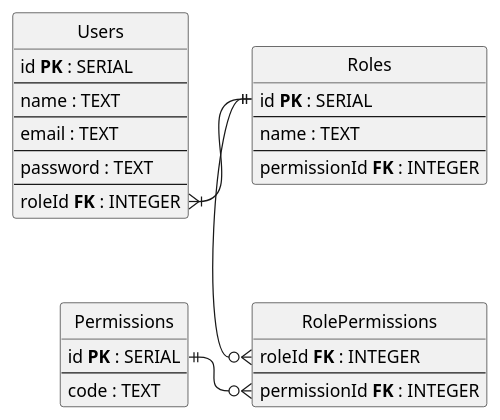
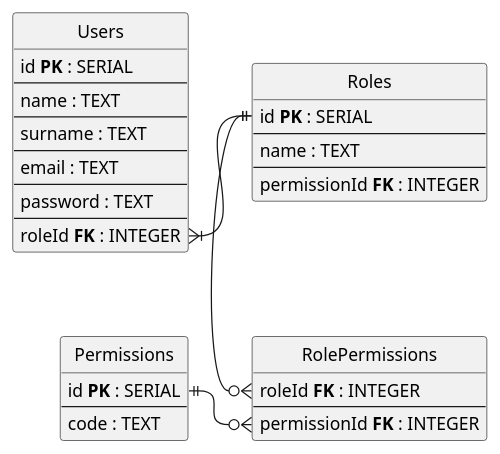
Before and after one commit to ImanolBarrionuevo/pedidosya-auth-service: the diagram in der/der.puml, drawn with PlantUML. The commit also changed 1 other file, not shown here.

```diff
--- a/der/der.puml
+++ b/der/der.puml
@@ -1,41 +1,43 @@
 @startuml auth-service-der
 
 hide circle
 
 entity Users {
     id **PK** : SERIAL
     ---
     name : TEXT
+    ---
+    surname : TEXT
     ---
     email : TEXT
     ---
     password : TEXT
     ---
     roleId **FK** : INTEGER
 }
 
 entity Roles {
     id **PK** : SERIAL
     ---
     name : TEXT
     ---
     permissionId **FK** : INTEGER
 }
 
 entity Permissions {
     id **PK** : SERIAL
     ---
     code : TEXT
 }
 
 entity RolePermissions {
     roleId **FK** : INTEGER
     ---
     permissionId **FK** : INTEGER
 }
 
 Users::roleId }|-right--||Roles::id
 Roles::id ||-down-o{ RolePermissions::roleId
 Permissions::id ||-right--o{ RolePermissions::permissionId
 
 @enduml
```
